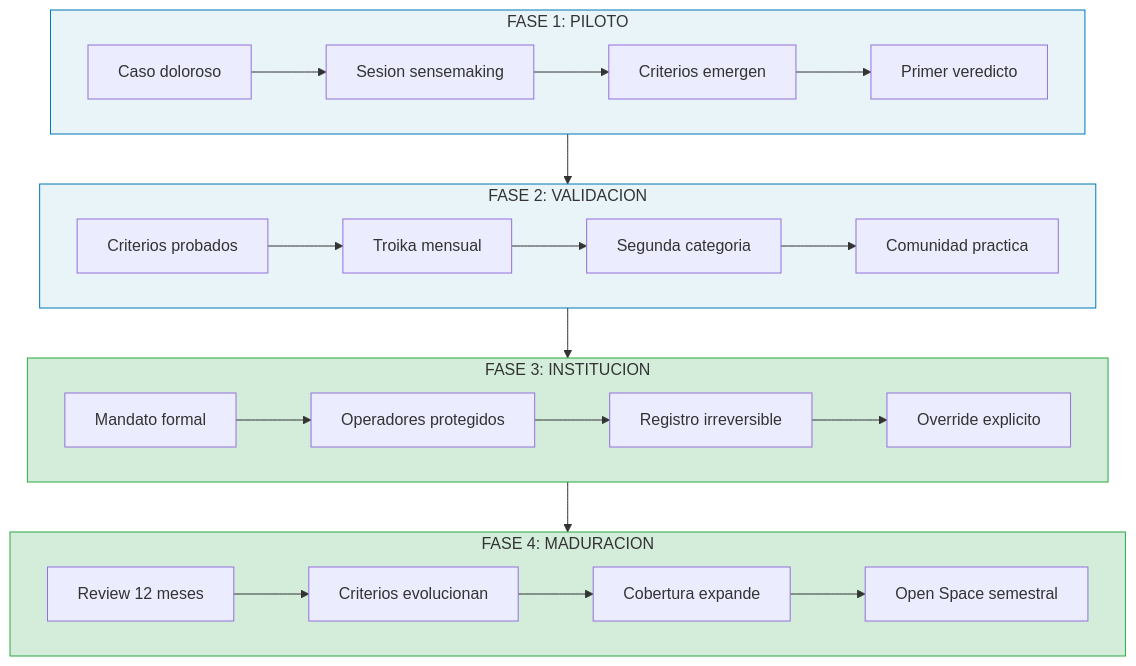
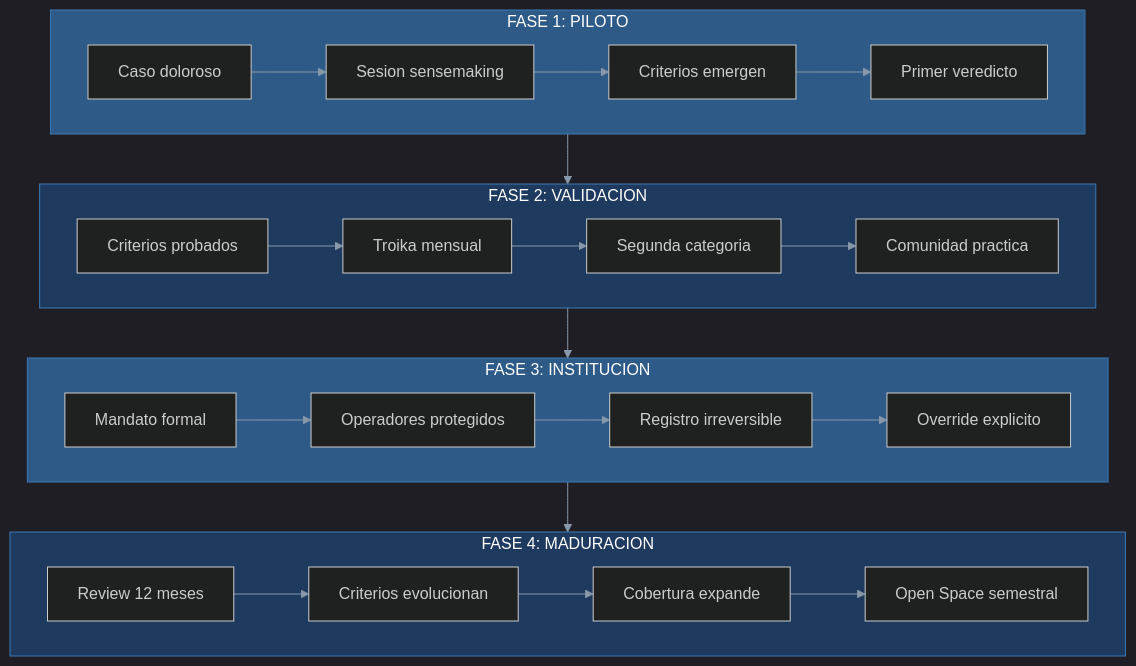
The diagram in assets/diagrams/B10-fases-implementacion.mermaid (gonzalezulises/mas-control-mas-caos), drawn with Mermaid before and after one commit. The commit also changed 23 other files, not shown here.

First line of the commit message:
Update all diagrams: transparent backgrounds + cover palette

```diff
--- a/assets/diagrams/B10-fases-implementacion.mermaid
+++ b/assets/diagrams/B10-fases-implementacion.mermaid
@@ -1,42 +1,42 @@
-%%{init: {'flowchart': {'curve': 'basis'}}}%%
+%%{init: {'theme': 'dark', 'themeVariables': { 'primaryColor': '#1e3a5f', 'primaryTextColor': '#ffffff', 'primaryBorderColor': '#3d7ab7', 'lineColor': '#8899aa', 'secondaryColor': '#2d5a87', 'tertiaryColor': '#0d1f3c', 'background': 'transparent' }}}%%
 flowchart TB
     subgraph F1["FASE 1: PILOTO"]
         A1[Caso doloroso]
         A2[Sesion sensemaking]
         A3[Criterios emergen]
         A4[Primer veredicto]
         A1 --> A2 --> A3 --> A4
     end
 
     subgraph F2["FASE 2: VALIDACION"]
         B1[Criterios probados]
         B2[Troika mensual]
         B3[Segunda categoria]
         B4[Comunidad practica]
         B1 --> B2 --> B3 --> B4
     end
 
     subgraph F3["FASE 3: INSTITUCION"]
         C1[Mandato formal]
         C2[Operadores protegidos]
         C3[Registro irreversible]
         C4[Override explicito]
         C1 --> C2 --> C3 --> C4
     end
 
     subgraph F4["FASE 4: MADURACION"]
         D1[Review 12 meses]
         D2[Criterios evolucionan]
         D3[Cobertura expande]
         D4[Open Space semestral]
         D1 --> D2 --> D3 --> D4
     end
 
     F1 --> F2
     F2 --> F3
     F3 --> F4
 
-    style F1 fill:#e8f4f8,stroke:#0077b6
-    style F2 fill:#e8f4f8,stroke:#0077b6
-    style F3 fill:#d4edda,stroke:#28a745
-    style F4 fill:#d4edda,stroke:#28a745
+    style F1 fill:#2d5a87,stroke:#3d7ab7,color:#ffffff
+    style F2 fill:#1e3a5f,stroke:#3d7ab7,color:#ffffff
+    style F3 fill:#2d5a87,stroke:#3d7ab7,color:#ffffff
+    style F4 fill:#1e3a5f,stroke:#3d7ab7,color:#ffffff
```
